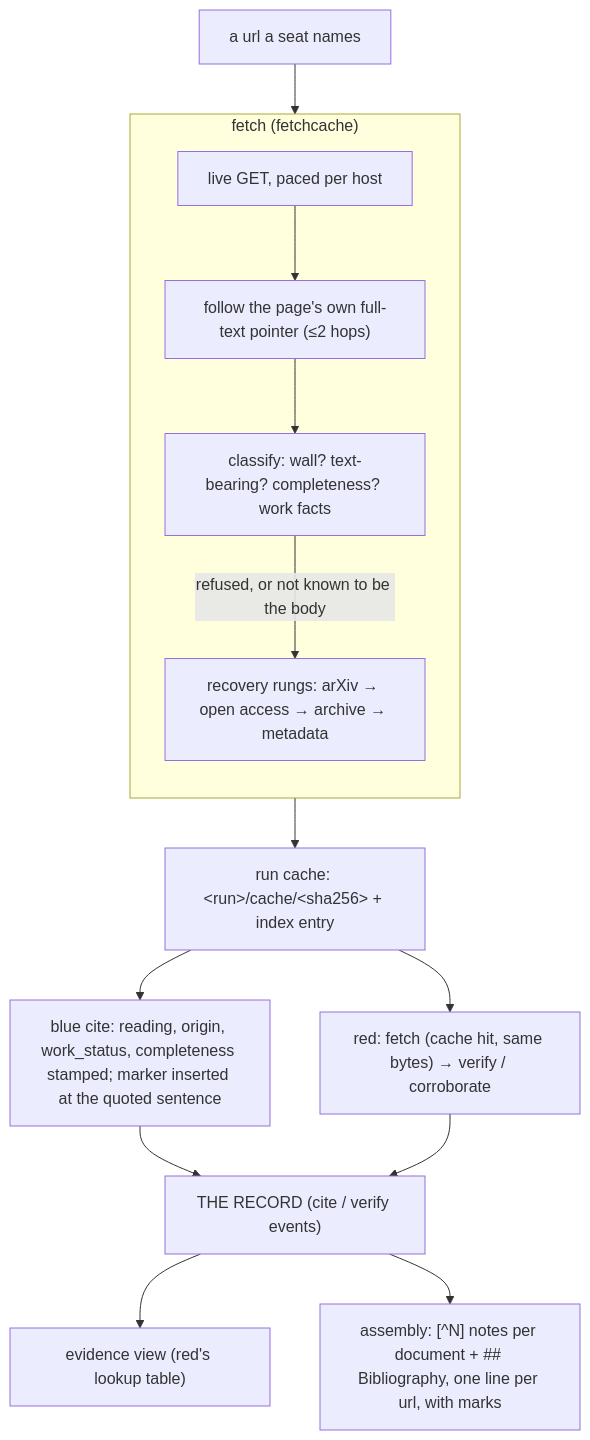
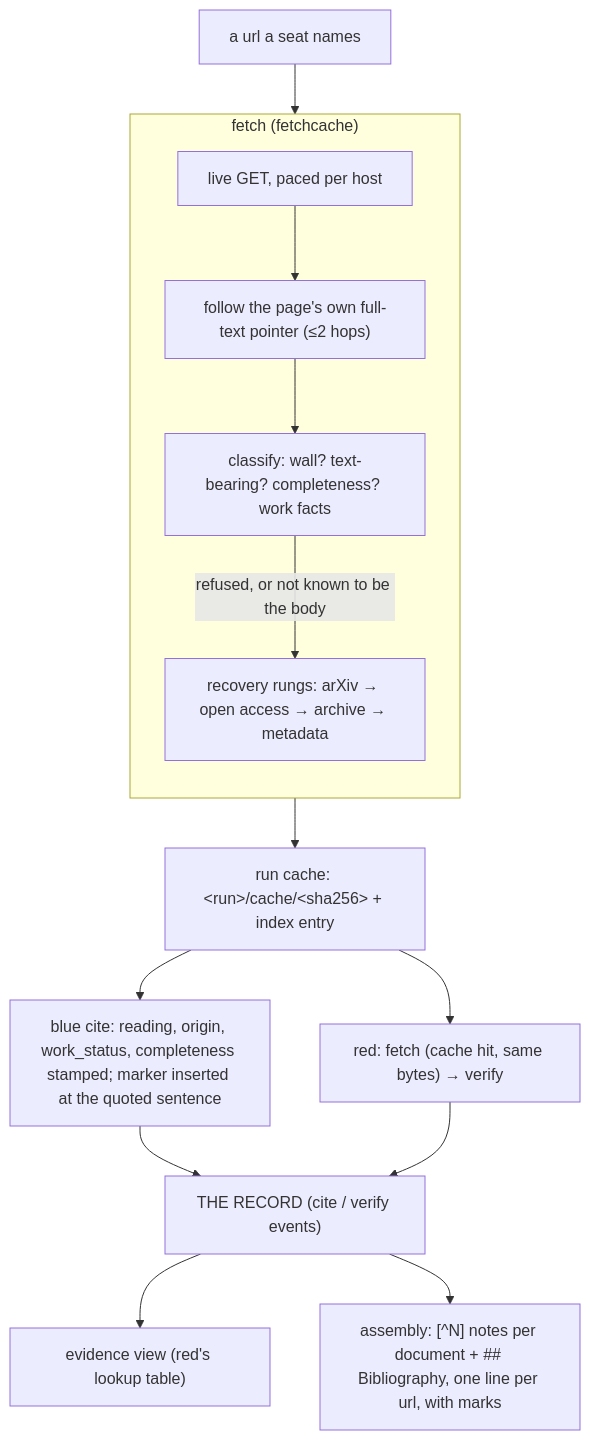
The diagram in plugins/frank-exchange-of-views/docs/citations-and-bibliography.md (ctoforaday/special-circumstances), drawn with Mermaid before and after one commit. The commit also changed other lines of this file and 71 other files, not shown here.

````diff
--- a/plugins/frank-exchange-of-views/docs/citations-and-bibliography.md
+++ b/plugins/frank-exchange-of-views/docs/citations-and-bibliography.md
@@ -8,17 +8,17 @@
 ```mermaid
 flowchart TB
   URL["a url a seat names"] --> FETCH
   subgraph FETCH["fetch (fetchcache)"]
     direction TB
     LIVE["live GET, paced per host"] --> WALK["follow the page's own full-text pointer (≤2 hops)"]
     WALK --> CLASS["classify: wall? text-bearing? completeness? work facts"]
     CLASS -->|refused, or not known to be the body| LADDER["recovery rungs: arXiv → open access → archive → metadata"]
   end
   FETCH --> CACHE["run cache: &lt;run&gt;/cache/&lt;sha256&gt; + index entry"]
   CACHE --> CITE["blue cite: reading, origin, work_status, completeness stamped; marker inserted at the quoted sentence"]
-  CACHE --> RED["red: fetch (cache hit, same bytes) → verify / corroborate"]
+  CACHE --> RED["red: fetch (cache hit, same bytes) → verify"]
   CITE --> REC["THE RECORD (cite / verify events)"]
   RED --> REC
   REC --> EV["evidence view (red's lookup table)"]
   REC --> ASM["assembly: [^N] notes per document + ## Bibliography, one line per url, with marks"]
 ```
````
